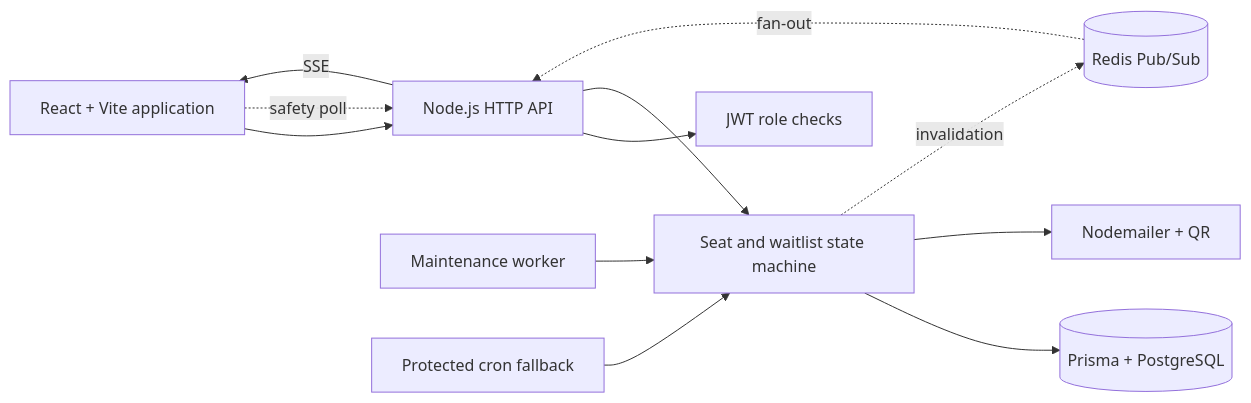
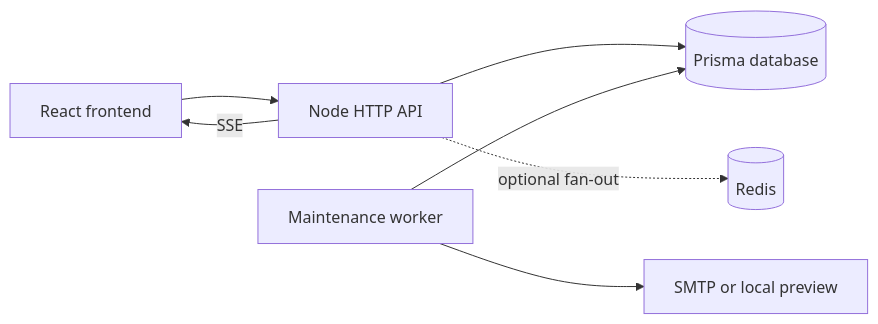
Before and after one commit to Mayank2142/ticket-booking: the diagram in README.md, drawn with Mermaid. The commit also changed other lines of this file and 38 other files, not shown here.

````diff
--- a/README.md
+++ b/README.md
@@ -148,14 +274,9 @@
 ```mermaid
 flowchart LR
-    REACT[React + Vite application] --> API[Node.js HTTP API]
-    API -- SSE --> REACT
-    API --> AUTH[JWT role checks]
-    API --> CORE[Seat and waitlist state machine]
-    CORE --> DB[(Prisma + PostgreSQL)]
-    CORE --> MAIL[Nodemailer + QR]
-    CORE -. invalidation .-> REDIS[(Redis Pub/Sub)]
-    REDIS -. fan-out .-> API
-    WORKER[Maintenance worker] --> CORE
-    CRON[Protected cron fallback] --> CORE
-    REACT -. safety poll .-> API
+    WEB[React frontend] --> API[Node HTTP API]
+    API -- SSE --> WEB
+    API --> DB[(Prisma database)]
+    API -. optional fan-out .-> REDIS[(Redis)]
+    WORKER[Maintenance worker] --> DB
+    WORKER --> MAIL[SMTP or local preview]
 ```
````
